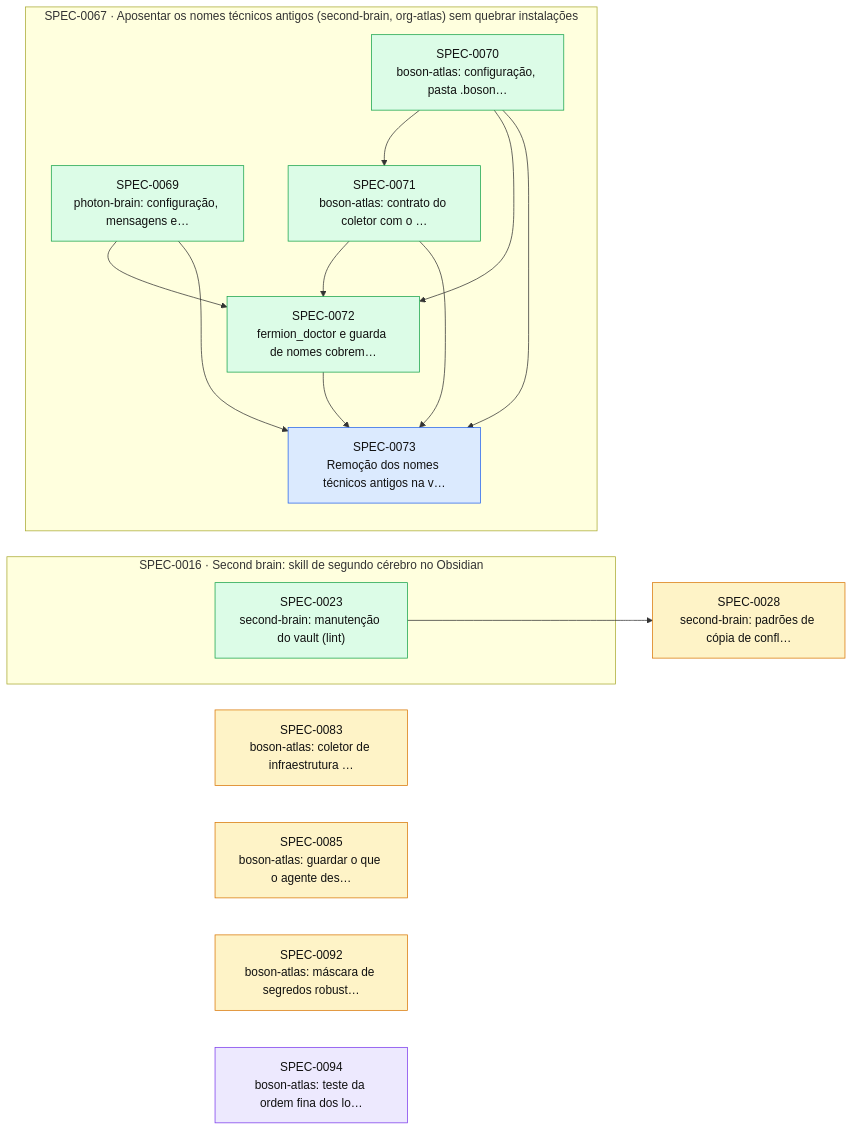
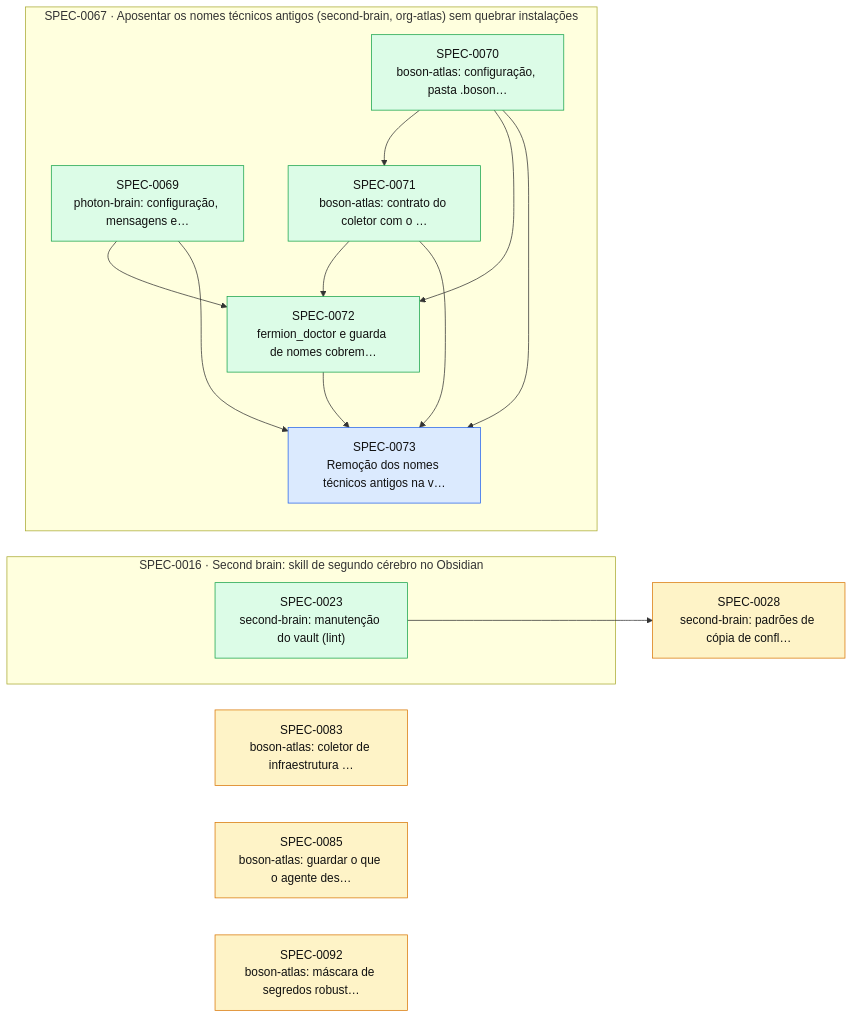
The diagram in docs/specs/INDEX.md (thomasravache/ai-dev-brain), drawn with Mermaid before and after one commit. The commit also changed other lines of this file and 1 other file, not shown here.

First line of the commit message:
docs(specs): G7 e fechamento da SPEC-0094

````diff
--- a/docs/specs/INDEX.md
+++ b/docs/specs/INDEX.md
@@ -66,32 +65,31 @@
 ```mermaid
 flowchart LR
   S0028["SPEC-0028<br/>second-brain: padrões de cópia de confl…"]:::proposed
   S0083["SPEC-0083<br/>boson-atlas: coletor de infraestrutura …"]:::proposed
   S0085["SPEC-0085<br/>boson-atlas: guardar o que o agente des…"]:::proposed
   S0092["SPEC-0092<br/>boson-atlas: máscara de segredos robust…"]:::proposed
-  S0094["SPEC-0094<br/>boson-atlas: teste da ordem fina dos lo…"]:::inprogress
   subgraph E0016["SPEC-0016 · Second brain: skill de segundo cérebro no Obsidian"]
     S0023["SPEC-0023<br/>second-brain: manutenção do vault (lint)"]:::implemented
   end
   subgraph E0067["SPEC-0067 · Aposentar os nomes técnicos antigos (second-brain, org-atlas) sem quebrar instalações"]
     S0069["SPEC-0069<br/>photon-brain: configuração, mensagens e…"]:::implemented
     S0070["SPEC-0070<br/>boson-atlas: configuração, pasta .boson…"]:::implemented
     S0071["SPEC-0071<br/>boson-atlas: contrato do coletor com o …"]:::implemented
     S0072["SPEC-0072<br/>fermion_doctor e guarda de nomes cobrem…"]:::implemented
     S0073["SPEC-0073<br/>Remoção dos nomes técnicos antigos na v…"]:::approved
   end
   S0023 --> S0028
   S0070 --> S0071
   S0069 --> S0072
   S0070 --> S0072
   S0071 --> S0072
   S0069 --> S0073
   S0070 --> S0073
   S0071 --> S0073
   S0072 --> S0073
   classDef proposed fill:#fef3c7,stroke:#d97706,color:#111
   classDef approved fill:#dbeafe,stroke:#2563eb,color:#111
   classDef inprogress fill:#ede9fe,stroke:#7c3aed,color:#111
   classDef implemented fill:#dcfce7,stroke:#16a34a,color:#111
   classDef deprecated fill:#f3f4f6,stroke:#9ca3af,color:#6b7280
 ```
````
